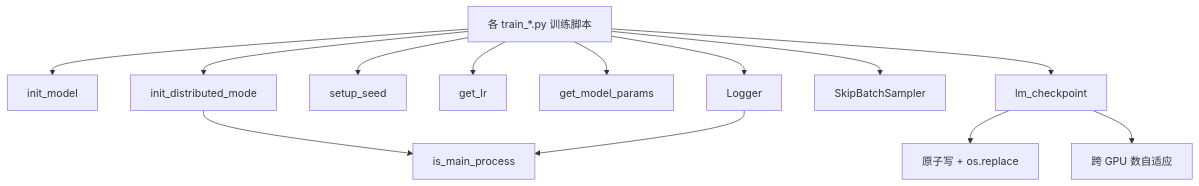
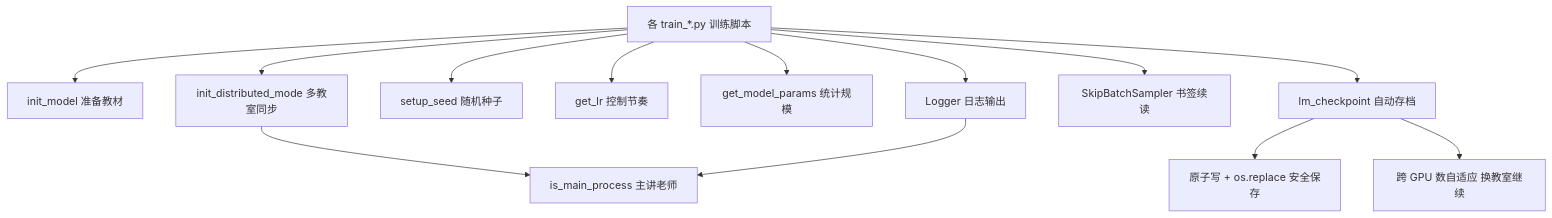
Before and after one commit to Leavesfly/minimind: the diagram in docs/14-trainer-utils.md, drawn with Mermaid. The commit also changed other lines of this file and 16 other files, not shown here.

````diff
--- a/docs/14-trainer-utils.md
+++ b/docs/14-trainer-utils.md
@@ -277,15 +296,15 @@
 ```mermaid
 flowchart TB
-    Train[各 train_*.py 训练脚本] --> Init[init_model]
-    Train --> DDP[init_distributed_mode]
-    Train --> Seed[setup_seed]
-    Train --> LR[get_lr]
-    Train --> Stat[get_model_params]
-    Train --> Ckpt[lm_checkpoint]
-    Train --> Skip[SkipBatchSampler]
-    Train --> Log[Logger]
-    Ckpt --> Atom[原子写 + os.replace]
-    Ckpt --> WS[跨 GPU 数自适应]
-    DDP --> Main[is_main_process]
+    Train[各 train_*.py 训练脚本] --> Init[init_model 准备教材]
+    Train --> DDP[init_distributed_mode 多教室同步]
+    Train --> Seed[setup_seed 随机种子]
+    Train --> LR[get_lr 控制节奏]
+    Train --> Stat[get_model_params 统计规模]
+    Train --> Ckpt[lm_checkpoint 自动存档]
+    Train --> Skip[SkipBatchSampler 书签续读]
+    Train --> Log[Logger 日志输出]
+    Ckpt --> Atom[原子写 + os.replace 安全保存]
+    Ckpt --> WS[跨 GPU 数自适应 换教室继续]
+    DDP --> Main[is_main_process 主讲老师]
     Log --> Main
 ```
````
